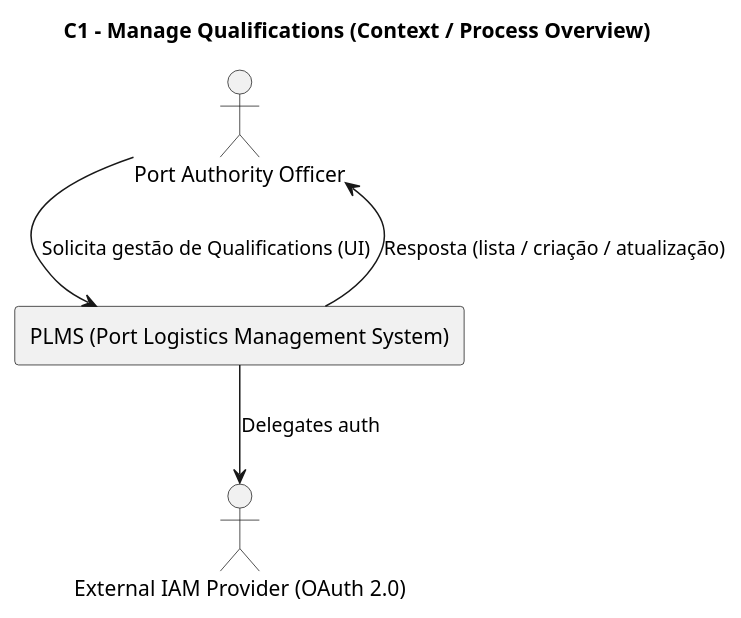
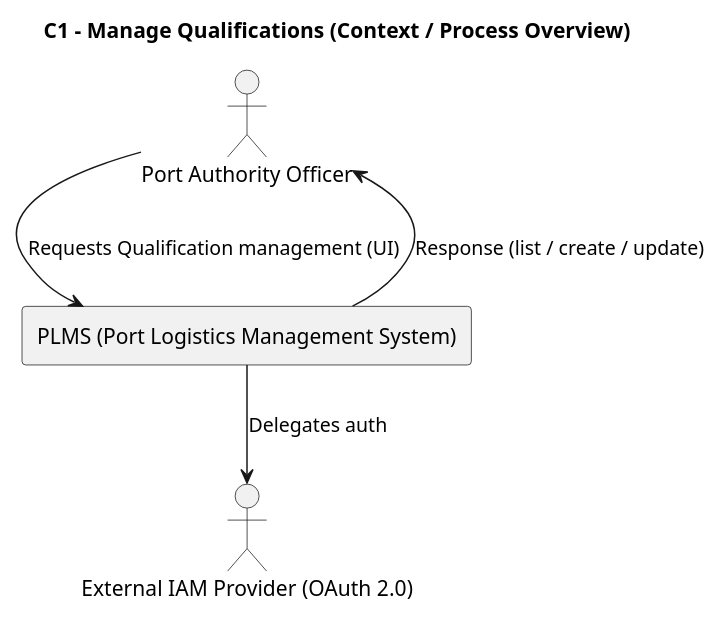
The diagram in Docs/Sprint A/US 2.2.13/Modelo c4/C1_Processos.puml (Departamento-de-Engenharia-Informatica/LEI-SEM5-PI-2025-26-3DM-03), drawn with PlantUML before and after one commit. The commit also changed 10 other files, not shown here.

Commit message:
Translate UML diagrams and documentation for Manage Qualifications use case to English (us 2.2.13) #14

```diff
--- a/Docs/Sprint A/US 2.2.13/Modelo c4/C1_Processos.puml
+++ b/Docs/Sprint A/US 2.2.13/Modelo c4/C1_Processos.puml
@@ -1,13 +1,13 @@
 @startuml C1_Manage_Qualifications_Process_View
 title C1 – Manage Qualifications (Context / Process Overview)
 
 actor "Port Authority Officer" as Officer
 rectangle "PLMS (Port Logistics Management System)" as PLMS
 
-Officer --> PLMS : Solicita gestão de Qualifications (UI)
-PLMS --> Officer : Resposta (lista / criação / atualização)
+Officer --> PLMS : Requests Qualification management (UI)
+PLMS --> Officer : Response (list / create / update)
 
-' Autenticação externa
+' External authentication
 PLMS --> "External IAM Provider (OAuth 2.0)" : Delegates auth
 
 @enduml
```
